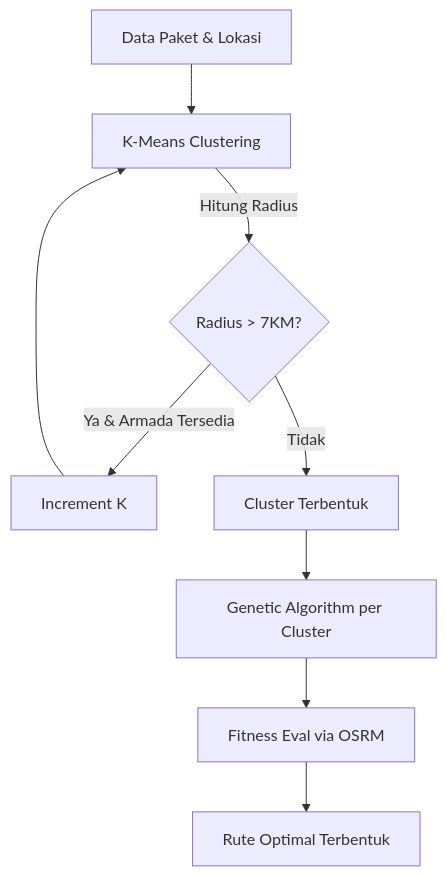
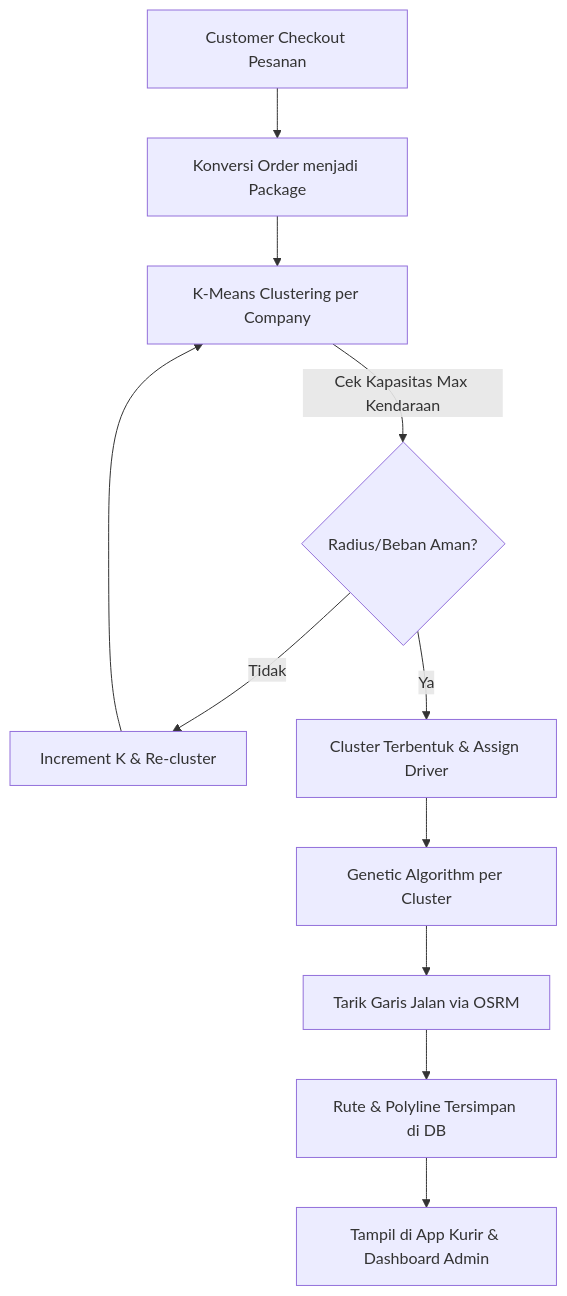
The diagram in README.md (Franly2/CVRP-Optimization-System-K-Means-Genetic-Algorithm-), drawn with Mermaid before and after one commit. The commit also changed other lines of this file and 18 other files, not shown here.

````diff
--- a/README.md
+++ b/README.md
@@ -55,12 +80,14 @@
 ```mermaid
 graph TD;
-    A[Data Paket & Lokasi] --> B[K-Means Clustering];
-    B -->|Hitung Radius| C{Radius > 7KM?};
-    C -- Ya & Armada Tersedia --> B1[Increment K];
+    Z[Customer Checkout Pesanan] --> A[Konversi Order menjadi Package];
+    A --> B[K-Means Clustering per Company];
+    B -->|Cek Kapasitas Max Kendaraan| C{Radius/Beban Aman?};
+    C -- Tidak --> B1[Increment K & Re-cluster];
     B1 --> B;
-    C -- Tidak --> D[Cluster Terbentuk];
+    C -- Ya --> D[Cluster Terbentuk & Assign Driver];
     D --> E[Genetic Algorithm per Cluster];
-    E --> F[Fitness Eval via OSRM];
-    F --> G[Rute Optimal Terbentuk];
+    E --> F[Tarik Garis Jalan via OSRM];
+    F --> G[Rute & Polyline Tersimpan di DB];
+    G --> H[Tampil di App Kurir & Dashboard Admin];
 
 ```
````
